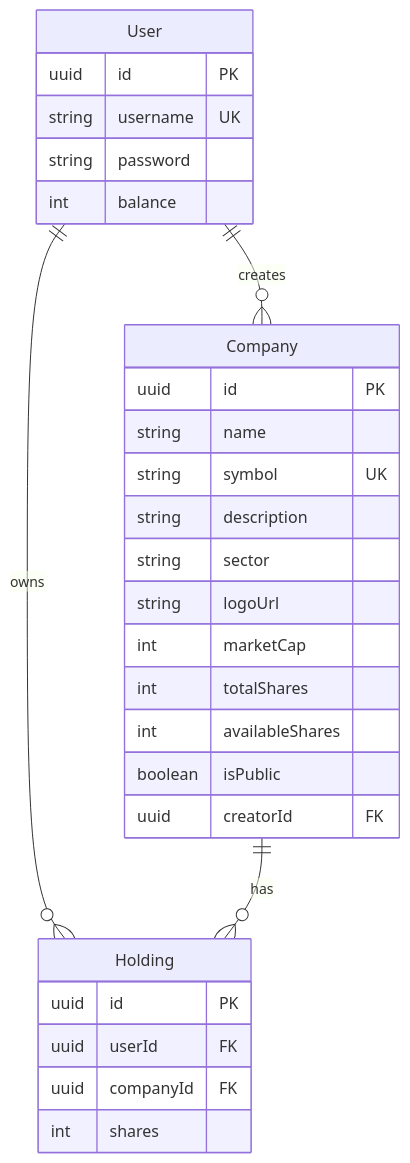
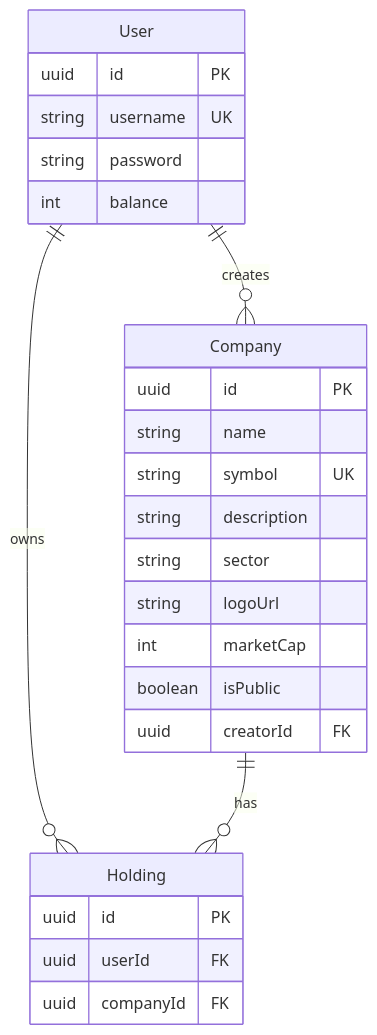
The diagram in README.md (spmasabeu/T1-Back-2026-2-S2-Sandbox), drawn with Mermaid before and after one commit. The commit also changed other lines of this file, not shown here.

````diff
--- a/README.md
+++ b/README.md
@@ -39,34 +36,31 @@
 ```mermaid
 erDiagram
   User ||--o{ Holding : owns
   Company ||--o{ Holding : has
   User ||--o{ Company : creates
 
   User {
     uuid id PK
     string username UK
     string password
     int balance
   }
 
   Company {
     uuid id PK
     string name
     string symbol UK
     string description
     string sector
     string logoUrl
     int marketCap
-    int totalShares
-    int availableShares
     boolean isPublic
     uuid creatorId FK
   }
 
   Holding {
     uuid id PK
     uuid userId FK
     uuid companyId FK
-    int shares
   }
 ```
````
